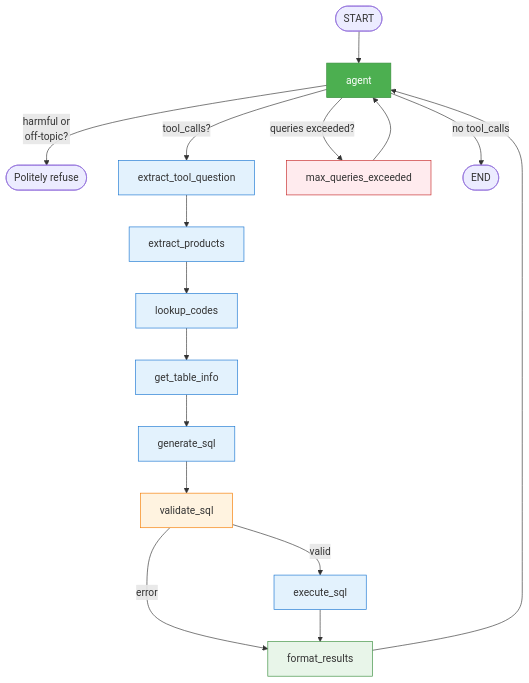
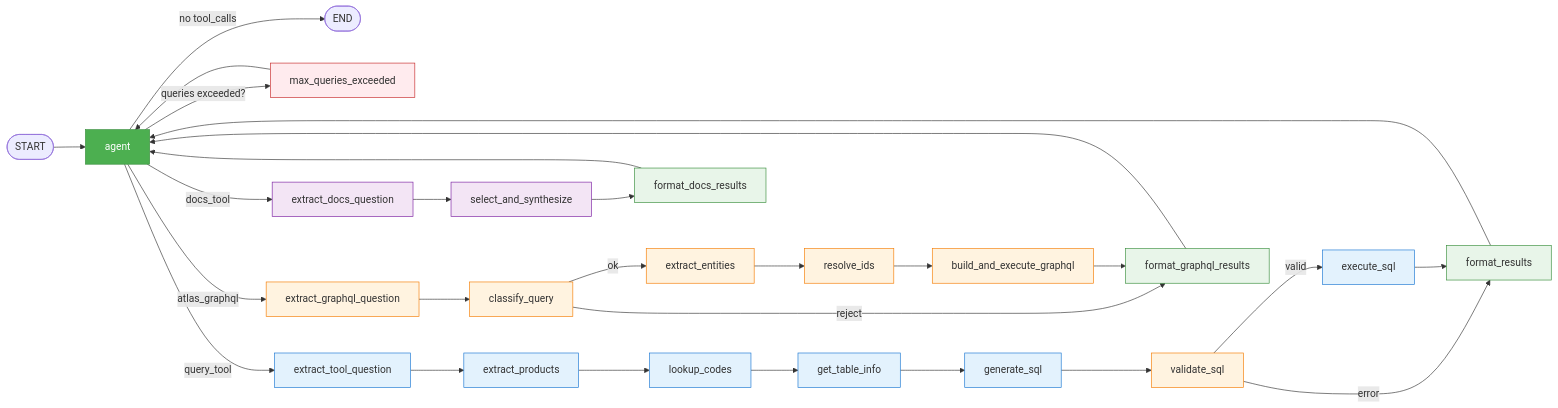
Before and after one commit to shreyasgm/ask-atlas: the second of 2 diagrams in README.md, drawn with Mermaid. The commit also changed other lines of this file, not shown here.

First line of the commit message:
docs: update README to reflect GraphQL/Docs pipelines and UX-driven features

````diff
--- a/README.md
+++ b/README.md
@@ -79,32 +87,53 @@
 ```mermaid
-graph TD
+graph LR
     START([START]) --> agent
-    agent -->|"harmful or<br/>off-topic?"| REFUSE([Politely refuse])
-    agent -->|tool_calls?| etq[extract_tool_question]
+    agent -->|no tool_calls| END_NODE([END])
     agent -->|queries exceeded?| mqe[max_queries_exceeded]
-    agent -->|no tool_calls| END_NODE([END])
+    agent -->|query_tool| etq[extract_tool_question]
+    agent -->|atlas_graphql| egq[extract_graphql_question]
+    agent -->|docs_tool| edq[extract_docs_question]
 
     etq --> ep[extract_products]
     ep --> lc[lookup_codes]
     lc --> gti[get_table_info]
     gti --> gs[generate_sql]
     gs --> vs[validate_sql]
-
     vs -->|valid| es[execute_sql]
     vs -->|error| fr[format_results]
     es --> fr
+    fr --> agent
 
-    fr --> agent
+    egq --> cq[classify_query]
+    cq -->|reject| fgr[format_graphql_results]
+    cq -->|ok| ee[extract_entities]
+    ee --> ri[resolve_ids]
+    ri --> beg[build_and_execute_graphql]
+    beg --> fgr
+    fgr --> agent
+
+    edq --> ss[select_and_synthesize]
+    ss --> fdr[format_docs_results]
+    fdr --> agent
+
     mqe --> agent
 
     style agent fill:#4CAF50,color:#fff,stroke:#388E3C
     style etq fill:#e3f2fd,stroke:#1976D2
     style ep fill:#e3f2fd,stroke:#1976D2
     style lc fill:#e3f2fd,stroke:#1976D2
     style gti fill:#e3f2fd,stroke:#1976D2
     style gs fill:#e3f2fd,stroke:#1976D2
     style vs fill:#fff3e0,stroke:#F57C00
     style es fill:#e3f2fd,stroke:#1976D2
     style fr fill:#e8f5e9,stroke:#388E3C
+    style egq fill:#fff3e0,stroke:#F57C00
+    style cq fill:#fff3e0,stroke:#F57C00
+    style ee fill:#fff3e0,stroke:#F57C00
+    style ri fill:#fff3e0,stroke:#F57C00
+    style beg fill:#fff3e0,stroke:#F57C00
+    style fgr fill:#e8f5e9,stroke:#388E3C
+    style edq fill:#f3e5f5,stroke:#7B1FA2
+    style ss fill:#f3e5f5,stroke:#7B1FA2
+    style fdr fill:#e8f5e9,stroke:#388E3C
     style mqe fill:#ffebee,stroke:#c62828
 ```
````
